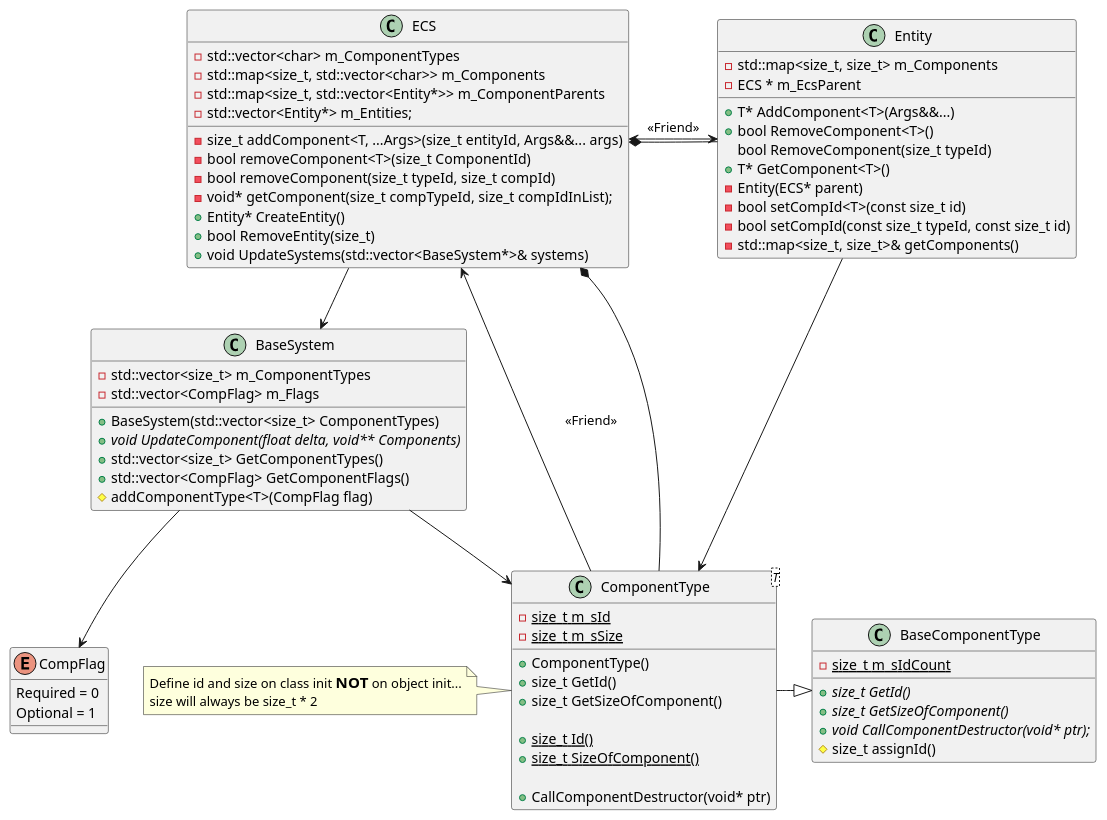
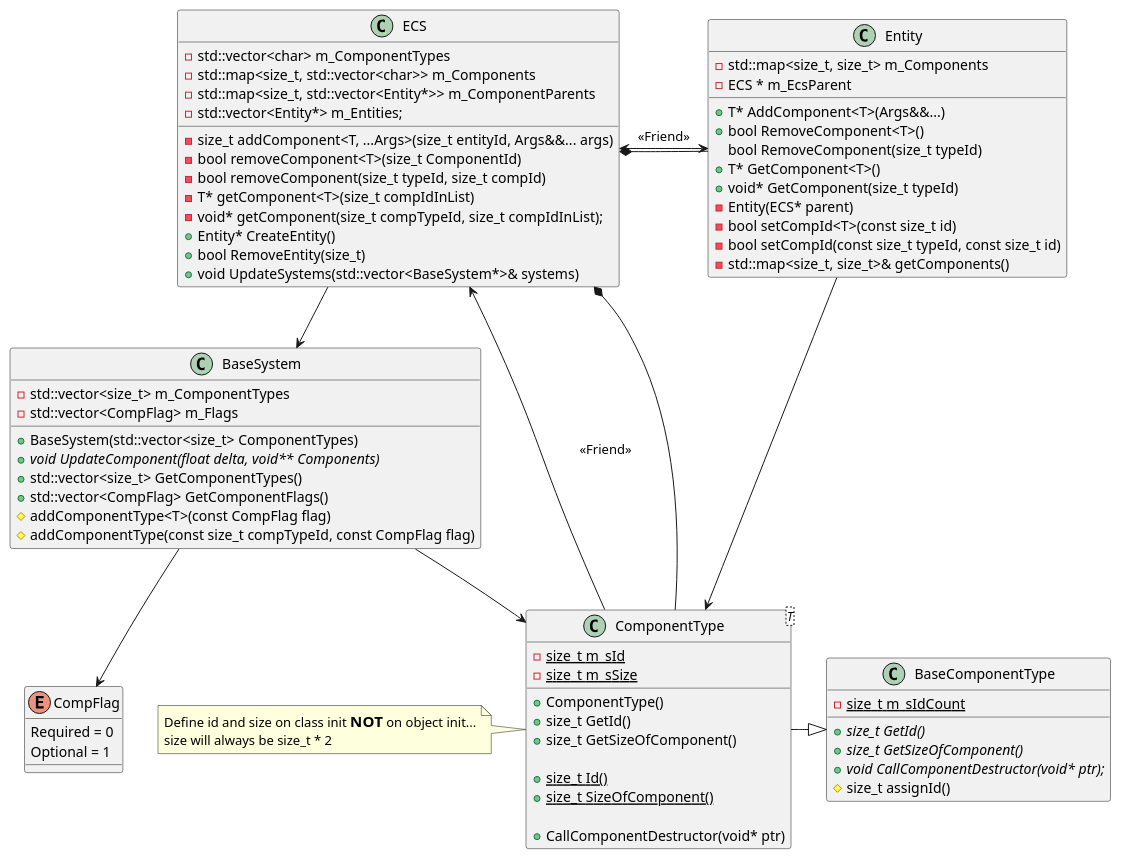
The diagram in FryEngine/src/FryEngine/ECS/Documentation/UML.plantuml (Schtekt/FryEngine), drawn with PlantUML before and after one commit. The commit also changed 9 other files, not shown here.

```diff
--- a/FryEngine/src/FryEngine/ECS/Documentation/UML.plantuml
+++ b/FryEngine/src/FryEngine/ECS/Documentation/UML.plantuml
@@ -1,93 +1,96 @@
 @startuml ECS
 class ECS 
 {
     - std::vector<char> m_ComponentTypes
     - std::map<size_t, std::vector<char>> m_Components
     - std::map<size_t, std::vector<Entity*>> m_ComponentParents
     - std::vector<Entity*> m_Entities;
  
     - size_t addComponent<T, ...Args>(size_t entityId, Args&&... args)
     - bool removeComponent<T>(size_t ComponentId)
     - bool removeComponent(size_t typeId, size_t compId)
+    - T* getComponent<T>(size_t compIdInList)
     - void* getComponent(size_t compTypeId, size_t compIdInList);
     + Entity* CreateEntity()
     + bool RemoveEntity(size_t)
     + void UpdateSystems(std::vector<BaseSystem*>& systems)
 }
 
 class BaseComponentType 
 {
     +{abstract}size_t GetId()
     +{abstract}size_t GetSizeOfComponent()
     +{abstract}void CallComponentDestructor(void* ptr);
     # size_t assignId()
     -{static} size_t m_sIdCount
 }
 
 class ComponentType<T>
 {
     +ComponentType()
     +size_t GetId()
     +size_t GetSizeOfComponent()
     
     +{static} size_t Id()
     +{static} size_t SizeOfComponent()
 
     +CallComponentDestructor(void* ptr)
 
     -{static} size_t m_sId
     -{static} size_t m_sSize
 }
 
 class Entity
 {
     -std::map<size_t, size_t> m_Components
     -ECS * m_EcsParent
 
     +T* AddComponent<T>(Args&&...)
     +bool RemoveComponent<T>()
     bool RemoveComponent(size_t typeId)
     +T* GetComponent<T>()
+    +void* GetComponent(size_t typeId)
     -Entity(ECS* parent)
     -bool setCompId<T>(const size_t id)
     -bool setCompId(const size_t typeId, const size_t id)
     -std::map<size_t, size_t>& getComponents()
 }
 
 class BaseSystem
 {
     +BaseSystem(std::vector<size_t> ComponentTypes)
     +{abstract} void UpdateComponent(float delta, void** Components)
     + std::vector<size_t> GetComponentTypes()
     + std::vector<CompFlag> GetComponentFlags()
 
     - std::vector<size_t> m_ComponentTypes
     - std::vector<CompFlag> m_Flags
-    # addComponentType<T>(CompFlag flag)
+    # addComponentType<T>(const CompFlag flag)
+    # addComponentType(const size_t compTypeId, const CompFlag flag)
 }
 
 enum CompFlag
 {
     Required = 0
     Optional = 1
 }
 
 
 note left of ComponentType
     Define id and size on class init <size:15><b>NOT</b></size> on object init...
     size will always be size_t * 2
 end note
 
 
 
 
 ComponentType -|> BaseComponentType
 ECS *- Entity
 ECS <--> Entity : <<Friend>>
 ECS <-- ComponentType : <<Friend>>
 ECS *- ComponentType
 ECS --> BaseSystem
 BaseSystem --> ComponentType
 BaseSystem --> CompFlag
 Entity -> ComponentType
 @enduml
```
